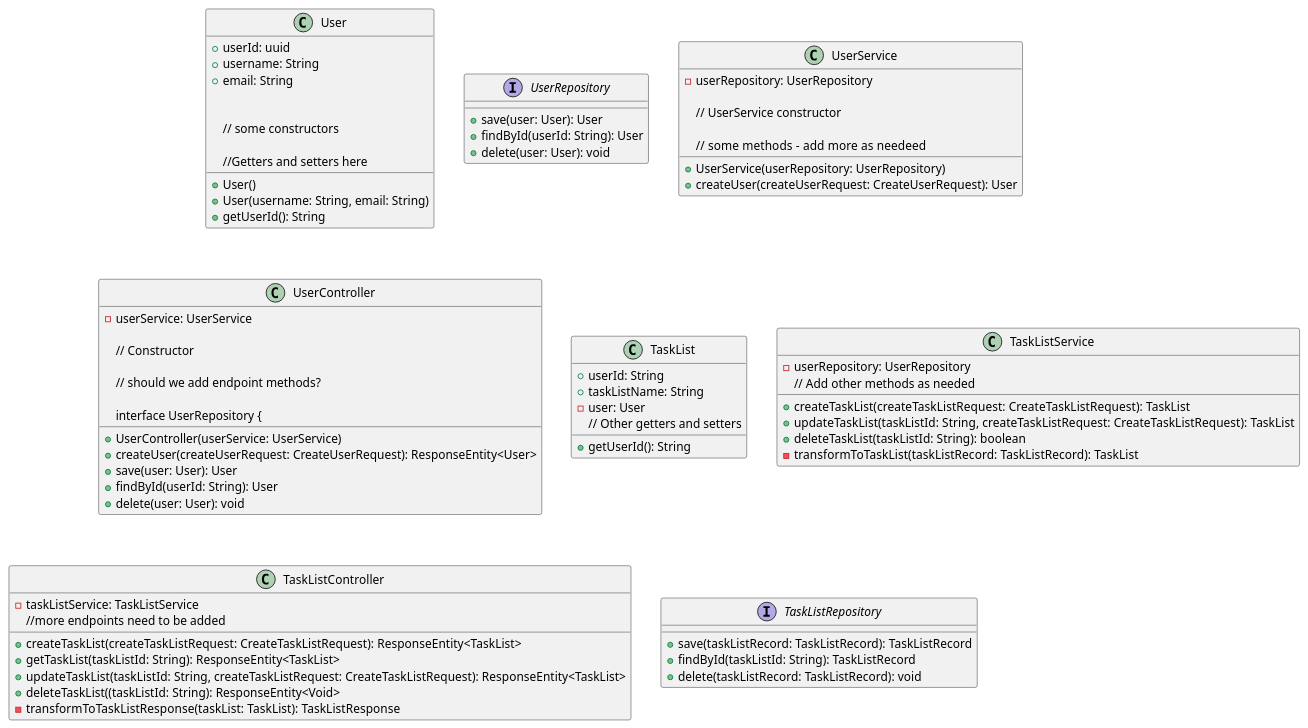
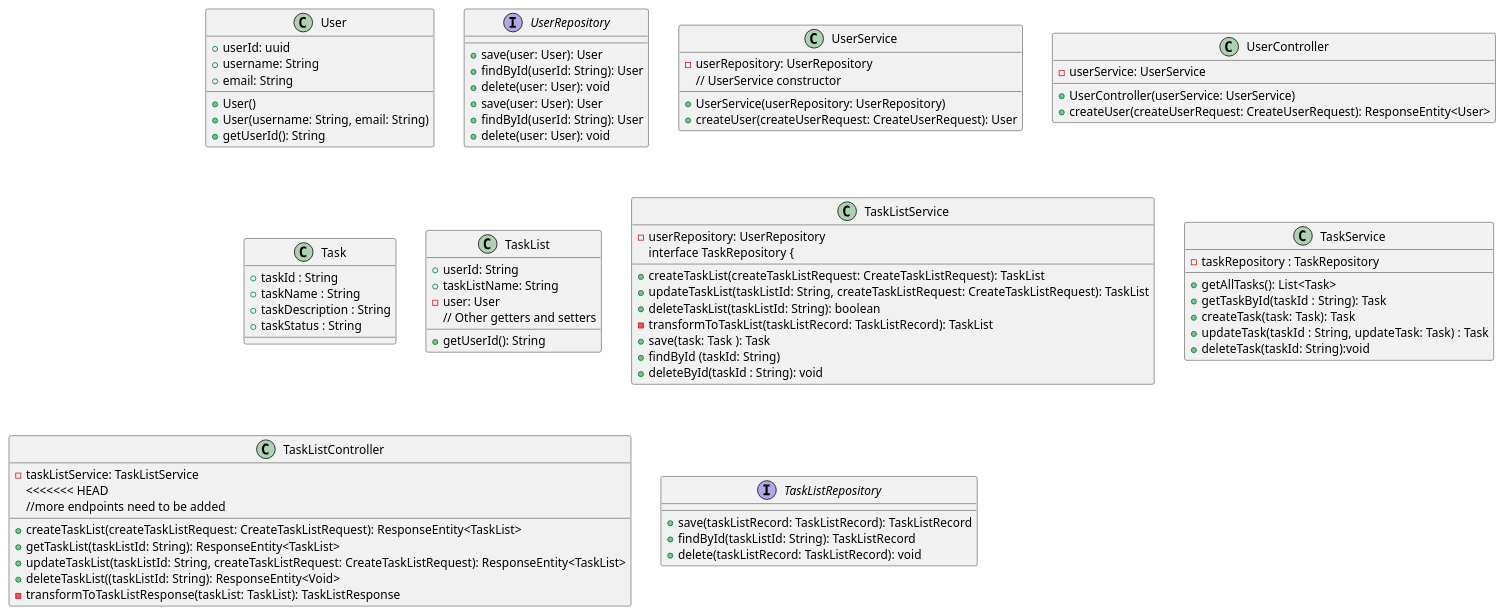
Before and after one commit to adam-knight1/streamline: the diagram in Streamline.puml, drawn with PlantUML. The commit also changed other lines of this file and 7 other files, not shown here.

```diff
--- a/Streamline.puml
+++ b/Streamline.puml
@@ -1,81 +1,89 @@
 @startuml
 
 class User {
 +userId: uuid
 +username: String
 +email: String
-
-
- // some constructors
 +User()
 +User(username: String, email: String)
++getUserId(): String
+}
 
-//Getters and setters here
-+getUserId(): String
-
-}
 interface UserRepository {
 +save(user: User): User
 +findById(userId: String): User
 +delete(user: User): void
 }
 class UserService {
 -userRepository: UserRepository
-
 // UserService constructor
 +UserService(userRepository: UserRepository)
-
-// some methods -  add more as needeed
 +createUser(createUserRequest: CreateUserRequest): User
-
 }
 
 class UserController {
 -userService: UserService
++UserController(userService: UserService)
++createUser(createUserRequest: CreateUserRequest): ResponseEntity<User>
+}
 
-// Constructor
-+UserController(userService: UserService)
-
-// should we add endpoint methods?
-+createUser(createUserRequest: CreateUserRequest): ResponseEntity<User>
+class Task {
++taskId : String
++taskName : String
++taskDescription : String
++taskStatus : String
+}
 
 interface UserRepository {
 +save(user: User): User
- +findById(userId: String): User
++findById(userId: String): User
 +delete(user: User): void
 }
 
 class TaskList {
 +userId: String
 +taskListName: String
 -user: User
 +getUserId(): String
   // Other getters and setters
 }
 
 class TaskListService {
   -userRepository: UserRepository
   +createTaskList(createTaskListRequest: CreateTaskListRequest): TaskList
   +updateTaskList(taskListId: String, createTaskListRequest: CreateTaskListRequest): TaskList
   +deleteTaskList(taskListId: String): boolean
   -transformToTaskList(taskListRecord: TaskListRecord): TaskList
-  // Add other methods as needed
+interface TaskRepository {
++save(task: Task ): Task
++findById (taskId: String)
++deleteById(taskId : String): void
+}
+
+class TaskService {
+-taskRepository : TaskRepository
++getAllTasks(): List<Task>
++getTaskById(taskId : String): Task
++createTask(task: Task): Task
++updateTask(taskId : String, updateTask: Task) : Task
++deleteTask(taskId: String):void
 }
 
 class TaskListController {
 -taskListService: TaskListService
 +createTaskList(createTaskListRequest: CreateTaskListRequest): ResponseEntity<TaskList>
+<<<<<<< HEAD
 +getTaskList(taskListId: String): ResponseEntity<TaskList>
 +updateTaskList(taskListId: String, createTaskListRequest: CreateTaskListRequest): ResponseEntity<TaskList>
 +deleteTaskList((taskListId: String): ResponseEntity<Void>
 -transformToTaskListResponse(taskList: TaskList): TaskListResponse
   //more endpoints need to be added
 }
 
 interface TaskListRepository {
 +save(taskListRecord: TaskListRecord): TaskListRecord
 +findById(taskListId: String): TaskListRecord
 +delete(taskListRecord: TaskListRecord): void
 }
-}
+
 @enduml
```
